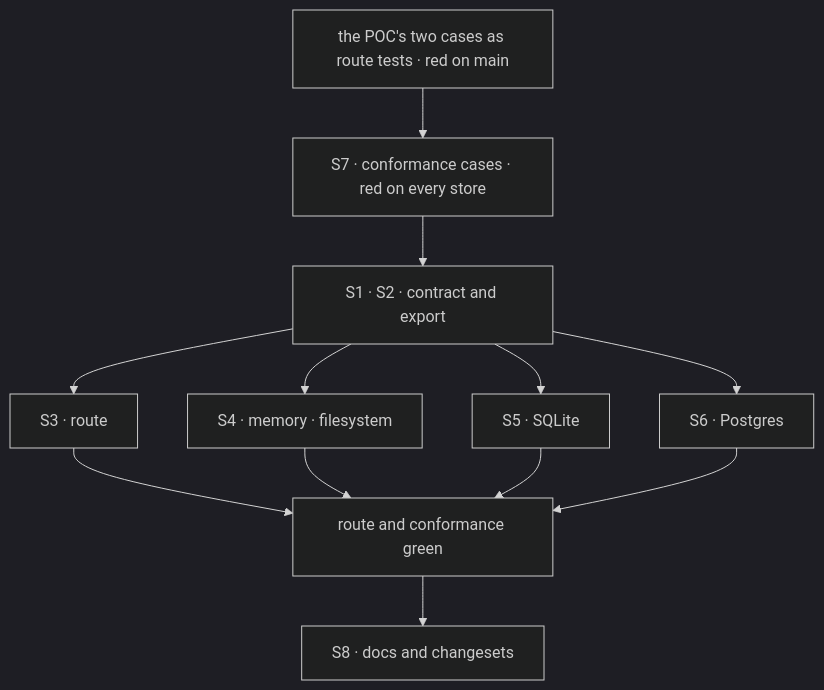
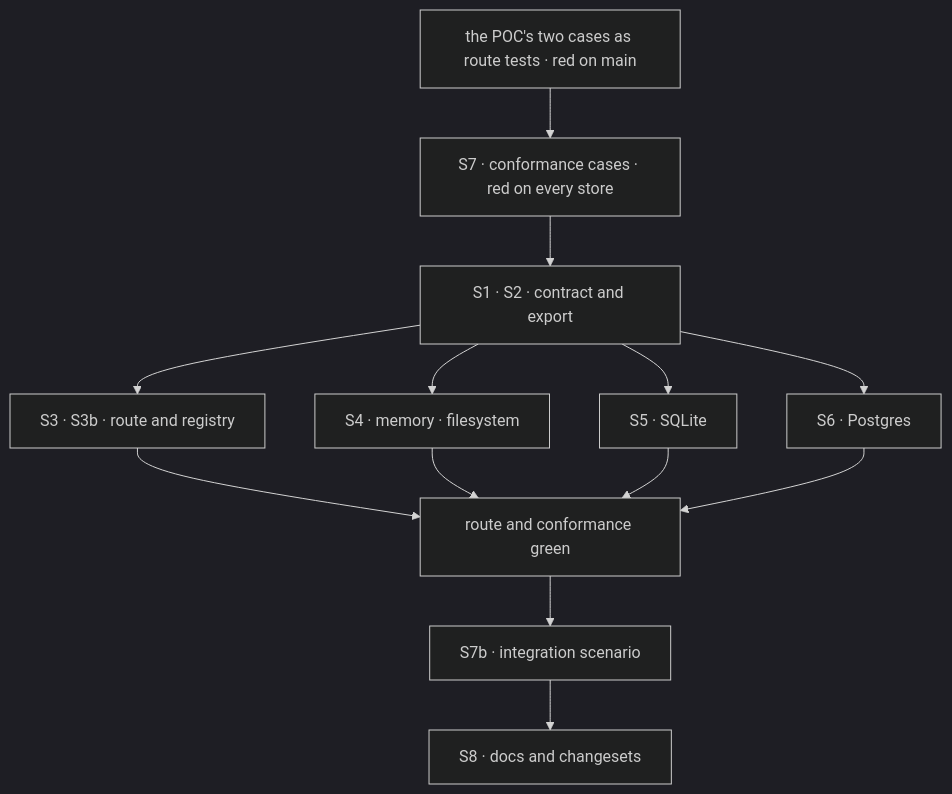
Before and after one commit to fixpoint-labs/flow-state-dev: the diagram in specs/issues/FIX-1654/PLAN.md, drawn with Mermaid (dark theme). The commit also changed other lines of this file and 5 other files, not shown here.

First line of the commit message:
spec(FIX-1654): review round 1 - fence the in-process fire, add the integration scenario

````diff
--- a/specs/issues/FIX-1654/PLAN.md
+++ b/specs/issues/FIX-1654/PLAN.md
@@ -23,14 +25,15 @@
 ```mermaid
 flowchart TD
   R["the POC's two cases as route tests · red on main"] --> C["S7 · conformance cases · red on every store"]
   C --> S1["S1 · S2 · contract and export"]
-  S1 --> S3["S3 · route"]
+  S1 --> S3["S3 · S3b · route and registry"]
   S1 --> S4["S4 · memory · filesystem"]
   S1 --> S5["S5 · SQLite"]
   S1 --> S6["S6 · Postgres"]
   S3 --> G["route and conformance green"]
   S4 --> G
   S5 --> G
   S6 --> G
-  G --> D["S8 · docs and changesets"]
+  G --> I["S7b · integration scenario"]
+  I --> D["S8 · docs and changesets"]
 ```
````
